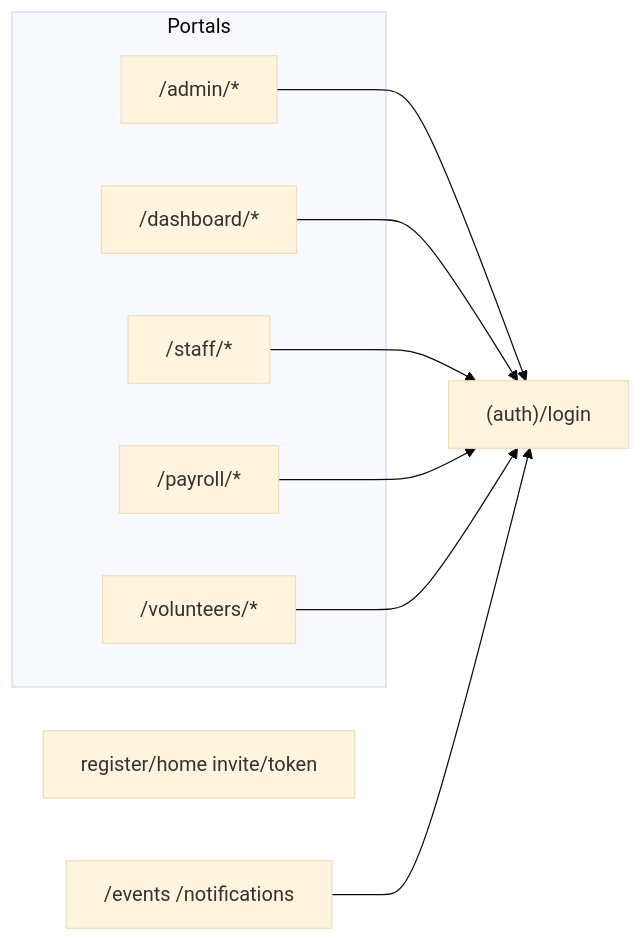
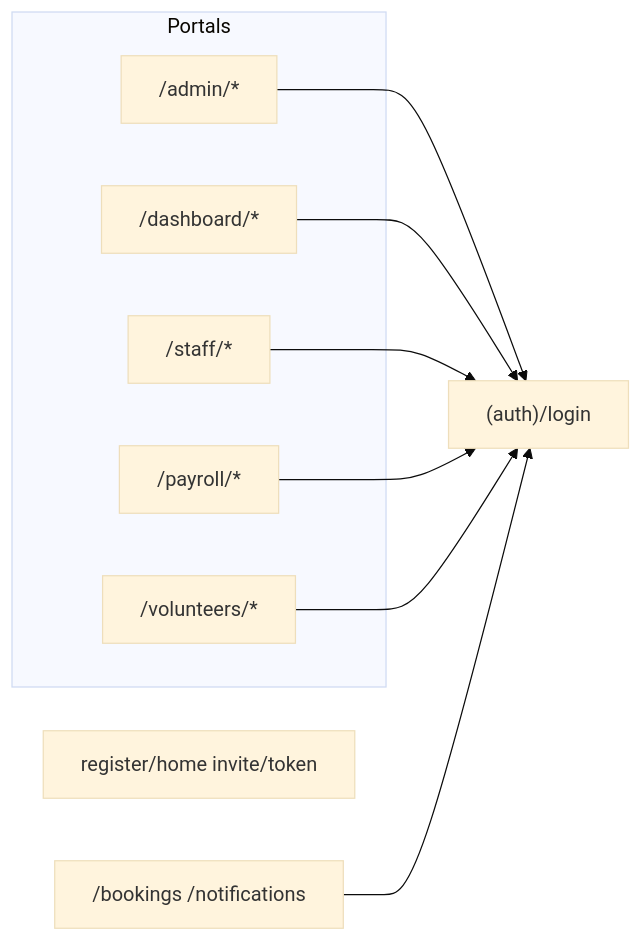
One commit to hoaxkidd/The-Arts-and-Aging-Network changed the diagram in docs/CODEBASE_ARCHITECTURE.md. Above: the diagram before and after it, drawn with Mermaid (base theme). The commit also changed other lines of this file and 186 other files, not shown here.

````diff
--- a/docs/CODEBASE_ARCHITECTURE.md
+++ b/docs/CODEBASE_ARCHITECTURE.md
@@ -46,19 +48,19 @@
 ```mermaid
 flowchart LR
   subgraph portals [Portals]
     Admin["/admin/*"]
     Home["/dashboard/*"]
     Staff["/staff/*"]
     Payroll["/payroll/*"]
     Vol["/volunteers/*"]
   end
   Auth["(auth)/login"]
   Public["register/home invite/token"]
-  Shared["/events /notifications"]
+  Shared["/bookings /notifications"]
   Admin --> Auth
   Home --> Auth
   Staff --> Auth
   Payroll --> Auth
   Vol --> Auth
   Shared --> Auth
 ```
````
